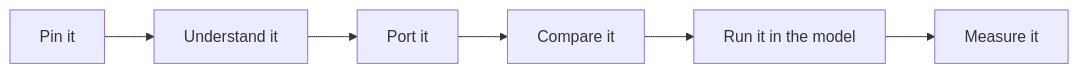
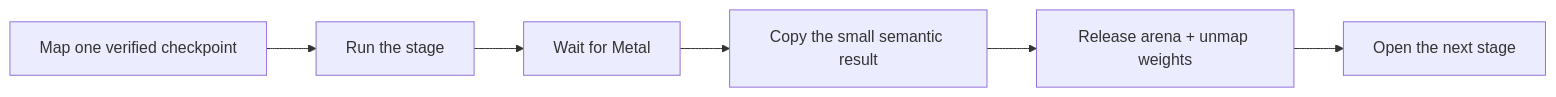
The third of 4 diagrams in README.md (BedirT/KernelGoblin), drawn with Mermaid before and after one commit. The commit also changed other lines of this file and 3 other files, not shown here.

````diff
--- a/README.md
+++ b/README.md
@@ -91,8 +194,8 @@
 ```mermaid
 flowchart LR
-    A["Pin it"] --> B["Understand it"]
-    B --> C["Port it"]
-    C --> D["Compare it"]
-    D --> E["Run it in the model"]
-    E --> F["Measure it"]
+    A["Map one verified checkpoint"] --> B["Run the stage"]
+    B --> C["Wait for Metal"]
+    C --> D["Copy the small semantic result"]
+    D --> E["Release arena + unmap weights"]
+    E --> F["Open the next stage"]
 ```
````
